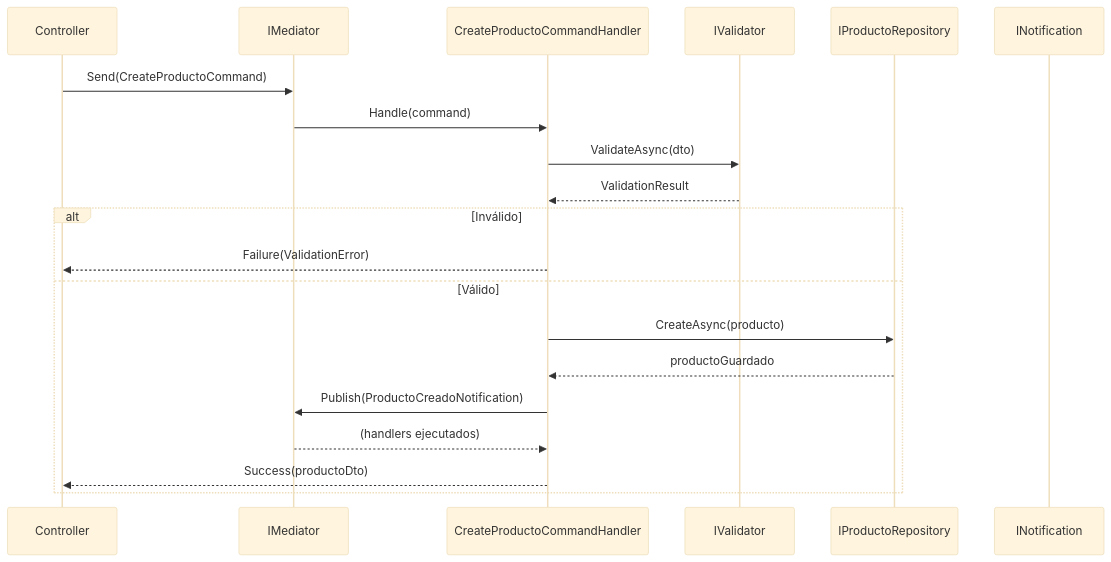
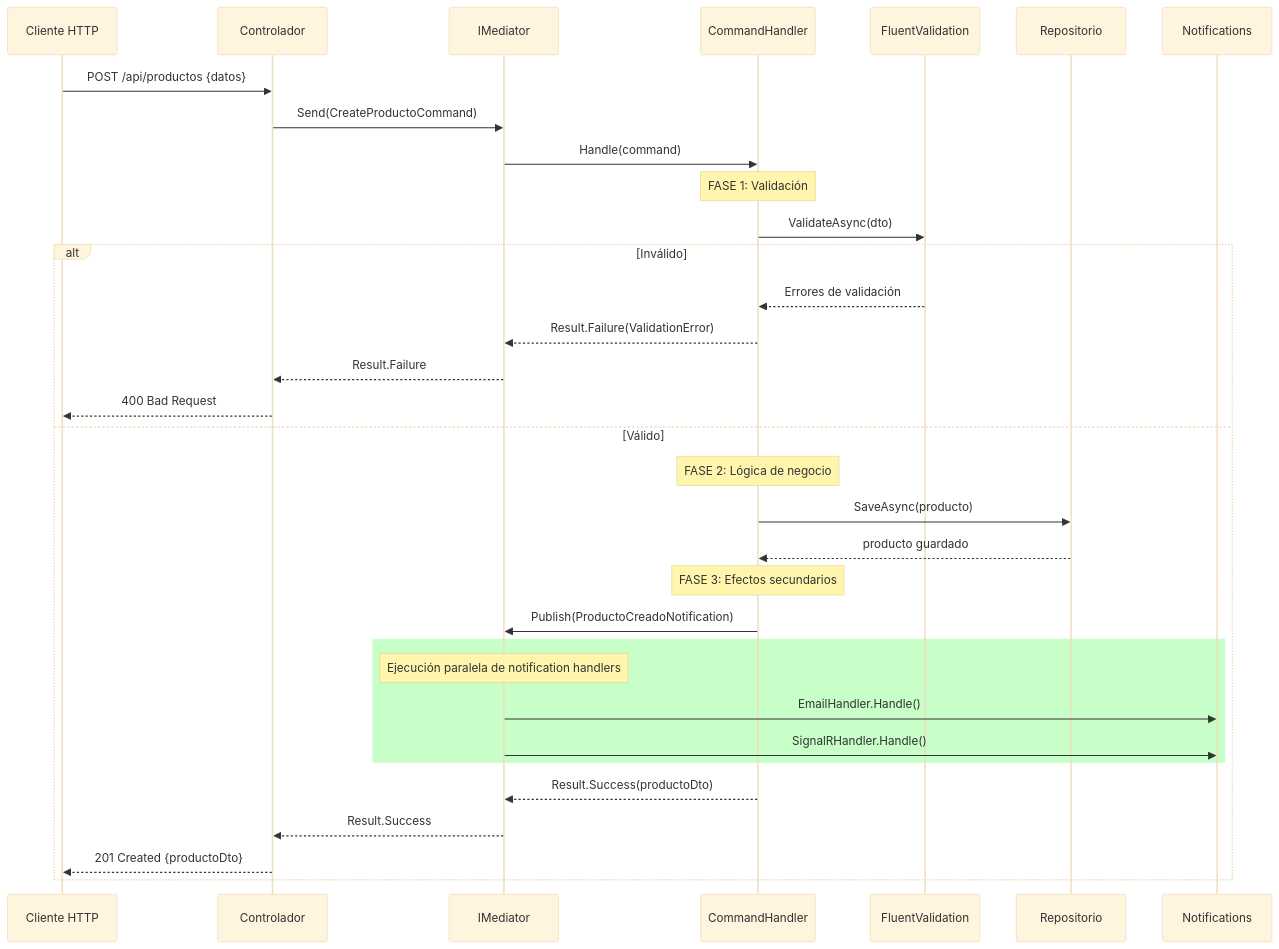
One commit to joseluisgs/TiendaDawApi-Cqrs-MediatR-NetCore changed the eighth of 14 diagrams in doc/08-cqrs-commands-queries.md. Above: the diagram before and after it, drawn with Mermaid (base theme). The commit also changed other lines of this file and 3 other files, not shown here.

````diff
--- a/doc/08-cqrs-commands-queries.md
+++ b/doc/08-cqrs-commands-queries.md
@@ -95,23 +520,40 @@
 ```mermaid
 sequenceDiagram
-    participant C as Controller
-    participant M as IMediator
-    participant H as CreateProductoCommandHandler
-    participant V as IValidator
-    participant R as IProductoRepository
-    participant N as INotification
-
-    C->>M: Send(CreateProductoCommand)
-    M->>H: Handle(command)
-    H->>V: ValidateAsync(dto)
-    V-->>H: ValidationResult
+    participant Client as Cliente HTTP
+    participant Controller as Controlador
+    participant MediatR as IMediator
+    participant Handler as CommandHandler
+    participant Validator as FluentValidation
+    participant Repo as Repositorio
+    participant Notif as Notifications
+    
+    Client->>Controller: POST /api/productos {datos}
+    Controller->>MediatR: Send(CreateProductoCommand)
+    MediatR->>Handler: Handle(command)
+    
+    Note over Handler: FASE 1: Validación
+    Handler->>Validator: ValidateAsync(dto)
     alt Inválido
-        H-->>C: Failure(ValidationError)
+        Validator-->>Handler: Errores de validación
+        Handler-->>MediatR: Result.Failure(ValidationError)
+        MediatR-->>Controller: Result.Failure
+        Controller-->>Client: 400 Bad Request
     else Válido
-        H->>R: CreateAsync(producto)
-        R-->>H: productoGuardado
-        H->>M: Publish(ProductoCreadoNotification)
-        M-->>H: (handlers ejecutados)
-        H-->>C: Success(productoDto)
+        Note over Handler: FASE 2: Lógica de negocio
+        Handler->>Repo: SaveAsync(producto)
+        Repo-->>Handler: producto guardado
+        
+        Note over Handler: FASE 3: Efectos secundarios
+        Handler->>MediatR: Publish(ProductoCreadoNotification)
+        
+        rect rgb(200, 255, 200)
+        Note over MediatR: Ejecución paralela de notification handlers
+        MediatR->>Notif: EmailHandler.Handle()
+        MediatR->>Notif: SignalRHandler.Handle()
+        end
+        
+        Handler-->>MediatR: Result.Success(productoDto)
+        MediatR-->>Controller: Result.Success
+        Controller-->>Client: 201 Created {productoDto}
     end
 ```
````
